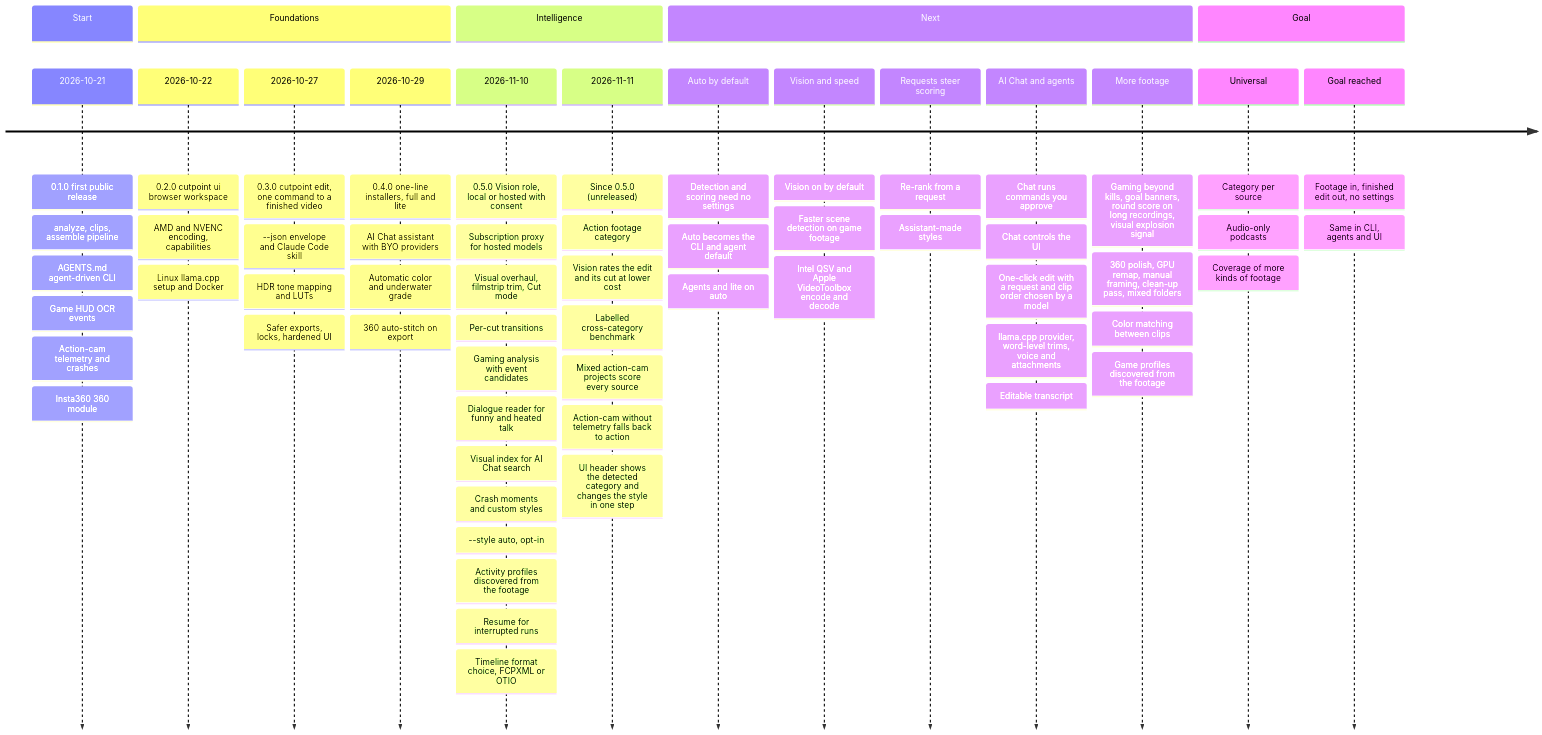
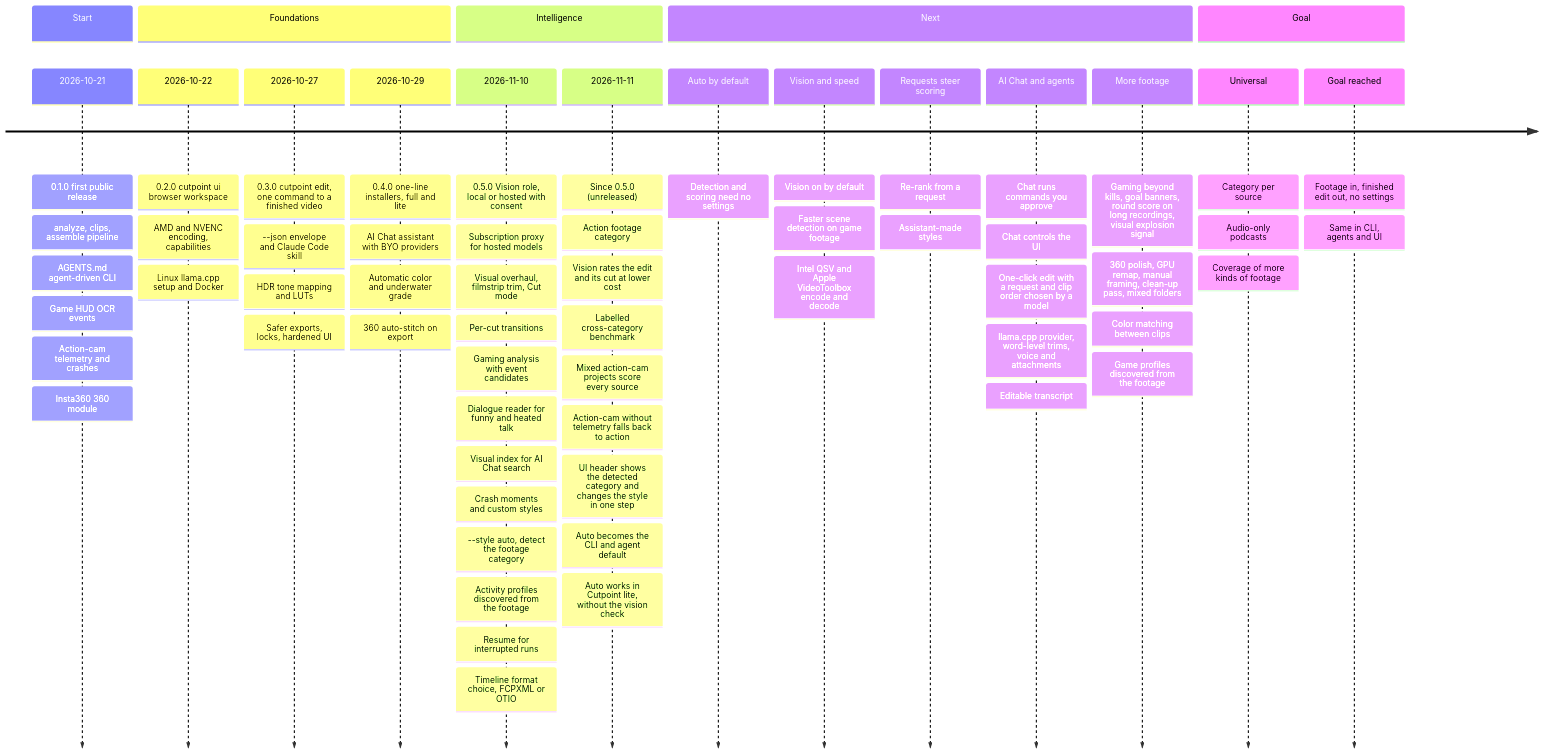
Before and after one commit to FerventOrange/cutpoint: the diagram in docs/roadmap.md, drawn with Mermaid. The commit also changed 20 other files, not shown here.

First line of the commit message:
feat/cli : analyze and edit detect the footage without --style (#899)

````diff
--- a/docs/roadmap.md
+++ b/docs/roadmap.md
@@ -9,69 +9,69 @@
 ```mermaid
 ---
 title: "Cutpoint: from inception to the universal AI footage editor"
 ---
 timeline
     section Start
         2026-10-21 : 0.1.0 first public release
                    : analyze, clips, assemble pipeline
                    : AGENTS.md agent-driven CLI
                    : Game HUD OCR events
                    : Action-cam telemetry and crashes
                    : Insta360 360 module
     section Foundations
         2026-10-22 : 0.2.0 cutpoint ui browser workspace
                    : AMD and NVENC encoding, capabilities
                    : Linux llama.cpp setup and Docker
         2026-10-27 : 0.3.0 cutpoint edit, one command to a finished video
                    : --json envelope and Claude Code skill
                    : HDR tone mapping and LUTs
                    : Safer exports, locks, hardened UI
         2026-10-29 : 0.4.0 one-line installers, full and lite
                    : AI Chat assistant with BYO providers
                    : Automatic color and underwater grade
                    : 360 auto-stitch on export
     section Intelligence
         2026-11-10 : 0.5.0 Vision role, local or hosted with consent
                    : Subscription proxy for hosted models
                    : Visual overhaul, filmstrip trim, Cut mode
                    : Per-cut transitions
                    : Gaming analysis with event candidates
                    : Dialogue reader for funny and heated talk
                    : Visual index for AI Chat search
                    : Crash moments and custom styles
-                   : --style auto, opt-in
+                   : --style auto, detect the footage category
                    : Activity profiles discovered from the footage
                    : Resume for interrupted runs
                    : Timeline format choice, FCPXML or OTIO
         2026-11-11 : Since 0.5.0 (unreleased)
                    : Action footage category
                    : Vision rates the edit and its cut at lower cost
                    : Labelled cross-category benchmark
                    : Mixed action-cam projects score every source
                    : Action-cam without telemetry falls back to action
                    : UI header shows the detected category and changes the style in one step
+                   : Auto becomes the CLI and agent default
+                   : Auto works in Cutpoint lite, without the vision check
     section Next
         Auto by default : Detection and scoring need no settings
-                        : Auto becomes the CLI and agent default
-                        : Agents and lite on auto
         Vision and speed : Vision on by default
                          : Faster scene detection on game footage
                          : Intel QSV and Apple VideoToolbox encode and decode
         Requests steer scoring : Re-rank from a request
                                : Assistant-made styles
         AI Chat and agents : Chat runs commands you approve
                            : Chat controls the UI
                            : One-click edit with a request and clip order chosen by a model
                            : llama.cpp provider, word-level trims, voice and attachments
                            : Editable transcript
         More footage : Gaming beyond kills, goal banners, round score on long recordings, visual explosion signal
                      : 360 polish, GPU remap, manual framing, clean-up pass, mixed folders
                      : Color matching between clips
                      : Game profiles discovered from the footage
     section Goal
         Universal : Category per source
                   : Audio-only podcasts
                   : Coverage of more kinds of footage
         Goal reached : Footage in, finished edit out, no settings
                      : Same in CLI, agents and UI
 ```
````
